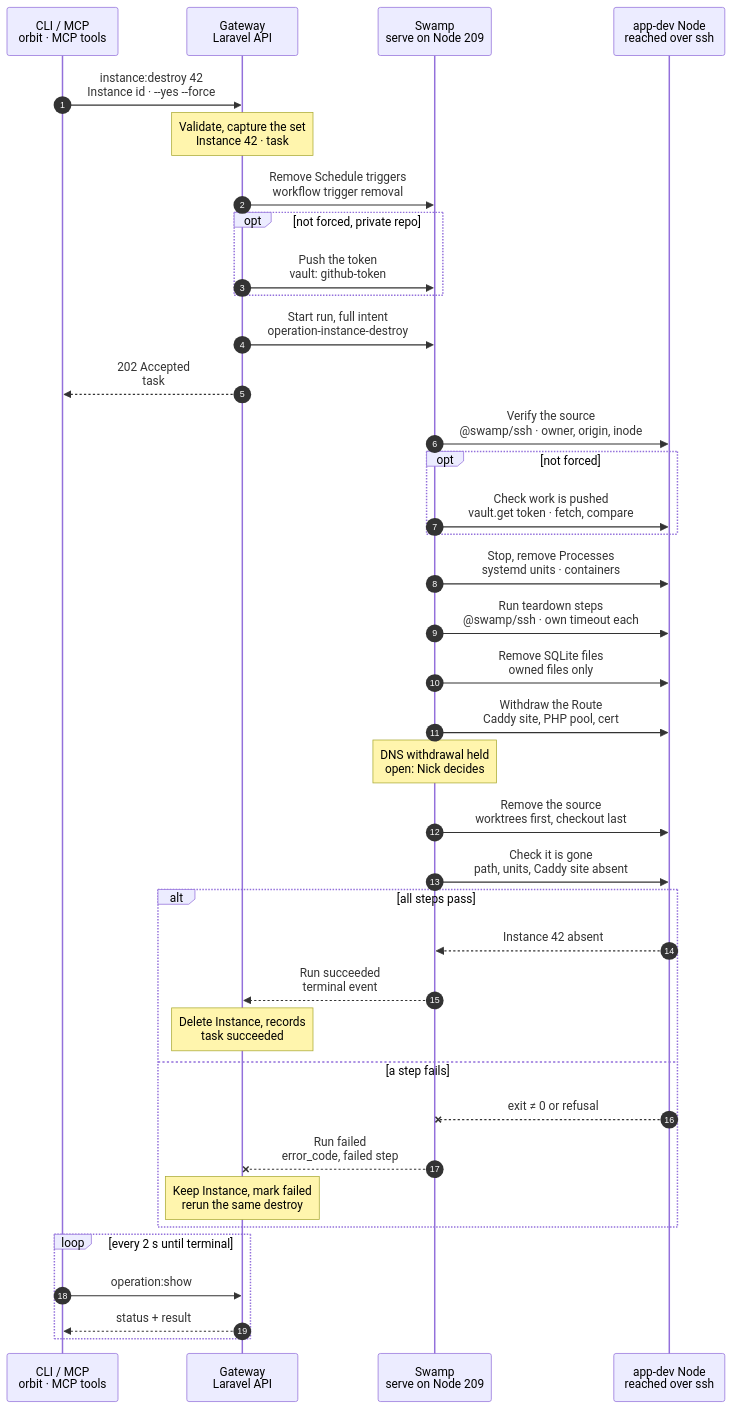
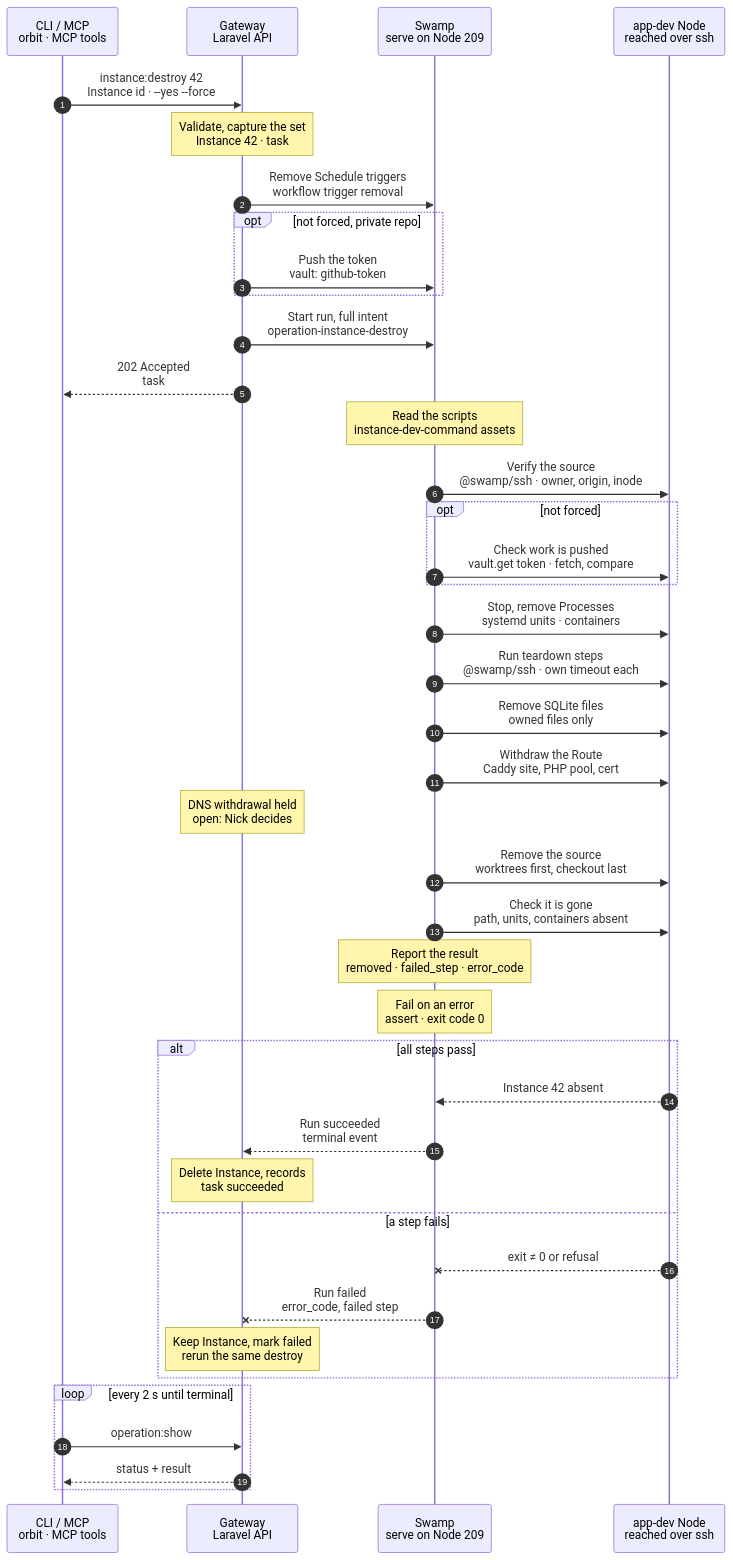
One commit to hardimpactdev/orbit changed the diagram in docs/flows/instance.destroy.mmd. Above: the diagram before and after it, drawn with Mermaid. The commit also changed 31 other files, not shown here.

First line of the commit message:
feat(instances): instance:destroy in its chart's phases, one shipped script per Node phase

```diff
--- a/docs/flows/instance.destroy.mmd
+++ b/docs/flows/instance.destroy.mmd
@@ -1,163 +1,173 @@
 sequenceDiagram
   %% Target design: ADR 0244 task, R1-R4, single-swamp-node (@swamp/ssh from 209), DECISIONS 1 (token minted at admission, vault.get), 2 (DNS held), Schedules native (Nick 2026-11-02). docs/reference/instance-removal.md.
   %% status: draft
   %% command: instance:destroy
   autonumber
   %% lane CLI icon=terminal pill=caller tone=gray
   %% lane GW icon=gateway pill=intent tone=blue
   %% lane SW icon=workflow pill=executes tone=green
   %% lane N icon=server pill=target tone=amber
   participant CLI as CLI / MCP<br/>orbit · MCP tools
   participant GW as Gateway<br/>Laravel API
   participant SW as Swamp<br/>serve on Node 209
   participant N as app-dev Node<br/>reached over ssh
   CLI->>GW: instance:destroy 42<br/>Instance id · --yes --force
   %%> Command:
   %%> - `orbit instance:destroy 42 --yes`
   %%> - syntax: `<instance> [--yes] [--force] [--idempotency-key=KEY] [--json]`
   %%> Input:
   %%> - the Instance's id, as `instance:list` shows it
   %%> Confirmation:
   %%> - without `--yes`, the CLI asks first; the default is No
   %%> - without a terminal, or with `--json`, `--yes` is required
   %%> With `--force`:
   %%> - also deletes dirty or unpublished source, and a checkout with its linked worktrees
   %%> - it never waives the source identity checks, and it is not consent
   Note over GW: Validate, capture the set<br/>Instance 42 · task #5132
   %%> Requirements:
   %%> - your Node has an access grant to Node 12, which runs Instance 42
   %%> - Instance 42 is a development Instance; production removal is not charted here
   %%> - no other lifecycle change and no unfinished transfer holds Instance 42
   %%> Captures:
   %%> - the source: path, owner, origin, branch, linked worktrees
   %%> - what Instance 42 owns: Processes, Schedules, Route, SQLite files
   %%> - the Project teardown steps
   %%> Result:
   %%> - Instance 42 is marked removing, with the captured set
   %%> - task #5132 recorded with the full intent
   GW->>SW: Remove Schedule triggers<br/>workflow trigger removal
   %%> What it does:
   %%> - removes the native Swamp schedule trigger of each Schedule of Instance 42
   %%> - there is no Node work here; Schedules install nothing on Nodes
   %%> Why first:
   %%> - no new fire starts against a checkout that is being removed
   %%> Running fire:
   %%> - a fire that already started runs to its end, within its own timeout, and is still recorded
   opt not forced, private repo
     GW->>SW: Push the token<br/>vault: github-token
     %%> Why:
     %%> - a normal removal checks that the work is pushed, which needs a fetch from origin
     %%> - only the Gateway holds the GitHub App key
     %%> What it does:
     %%> - mints a read token for this one repository, valid 1 hour, and pushes it into Swamp's vault
     %%> Not needed:
     %%> - with `--force`, or for a public repository
   end
   GW->>SW: Start run, full intent<br/>operation-instance-destroy
   %%> What it does:
   %%> - starts one run of `operation-instance-destroy` on Swamp serve (Node 209)
   %%> Inputs:
   %%> - Node 12's address and SSH host keys; the SSH identity comes from the `swamp` role
   %%> - the captured set, the teardown steps, the Node's managed user
   %%> - secrets only as vault key names
   GW-->>CLI: 202 Accepted<br/>task #5132
   %%> What you get:
   %%> - the task number, at once
   %%> Next:
   %%> - the CLI follows the task with `operation:show`
+  Note over SW: Read the scripts<br/>instance-dev-command assets
+  %%> What it does:
+  %%> - reads the shipped destroy phase scripts and the teardown runner on 209, to send them over SSH in argv
   SW->>N: Verify the source<br/>@swamp/ssh · owner, origin, inode
   %%> What it does:
   %%> - checks that the checkout and its linked worktrees are the ones captured at admission
   %%> - same path, owner, origin and filesystem identity
   %%> Refuses:
   %%> - another checkout, owner or Node, also with `--force`
   %%> - a symlink in place of the checkout
   opt not forced
     SW->>N: Check work is pushed<br/>vault.get token · fetch, compare
     %%> What it does:
     %%> - fetches origin with the vault token and compares
     %%> Refuses:
     %%> - dirty source
     %%> - a `HEAD` that no origin branch or tag contains
     %%> - linked worktrees on the checkout
     %%> Result of a refusal:
     %%> - the run stops here and nothing changes
   end
   SW->>N: Stop, remove Processes<br/>systemd units · containers
   %%> What it does:
   %%> - stops each Process of Instance 42 and removes its unit or container
   %%> Why before teardown:
   %%> - nothing still writes to the application while teardown runs
   %%> Not included:
   %%> - Processes of other Instances on Node 12
   SW->>N: Run teardown steps<br/>@swamp/ssh · own timeout each
   %%> What it does:
   %%> - runs the Project's teardown steps in order, as the Node's managed user, from the repository root
   %%> Limits:
   %%> - each step has its own timeout
   %%> Failure:
   %%> - a failed step fails the run; the next `instance:destroy` runs the whole list again
   SW->>N: Remove SQLite files<br/>owned files only
   %%> What it does:
   %%> - deletes the SQLite files that Instance 42 owns
   %%> Not included:
   %%> - other databases; their records go with the Instance, nothing on the Database server changes
   SW->>N: Withdraw the Route<br/>Caddy site, PHP pool, cert
   %%> What it does:
   %%> - removes the Caddy site of Instance 42 and reloads Caddy; no restart
   %%> - removes its PHP pool and its certificate
   %%> Keeps:
   %%> - every other site, pool and certificate on Node 12
-  Note over SW: DNS withdrawal held<br/>open: Nick decides
+  Note over GW: DNS withdrawal held<br/>open: Nick decides
   %%> Open:
   %%> - DNS publication for Routes is on hold (`native-dns-takeover-held`)
   %%> - until Nick decides, the run removes no DNS record
   SW->>N: Remove the source<br/>worktrees first, checkout last
   %%> What it does:
   %%> - removes linked worktrees, then the checkout itself
   %%> - deletes only the paths whose identity it verified
   %%> Runs as:
   %%> - the Node's own user, not root
-  SW->>N: Check it is gone<br/>path, units, Caddy site absent
+  SW->>N: Check it is gone<br/>path, units, containers absent
   %%> What it does:
-  %%> - checks that the checkout, the Process units and the Caddy site are absent
+  %%> - checks that the checkout, its removal quarantine, the Process units and containers are absent
+  %%> - the Route's own steps already confirmed its Caddy site is gone
   %%> Why:
   %%> - Instance 42 only counts as removed when the Node shows it
+  Note over SW: Report the result<br/>removed · failed_step · error_code
+  %%> What it does:
+  %%> - maps the first failed step to its error code and keeps the source capture for a rerun
+  Note over SW: Fail on an error<br/>assert · exit code 0
+  %%> What it does:
+  %%> - fails the run when the report holds an `error_code`, so the task fails with that code
   alt all steps pass
     N-->>SW: Instance 42 absent
     %%> Returns:
     %%> - the check passed
     SW-->>GW: Run succeeded<br/>terminal event
     %%> How the Gateway learns it:
     %%> - its shared run reader sees the terminal event; Swamp never calls the Gateway
     Note over GW: Delete Instance, records<br/>task succeeded
     %%> Result:
     %%> - Instance 42 is deleted, with its Processes, Schedules and Route records
     %%> - owned database records are deleted
     %%> - closed transfer history stays, without its Instance link
     %%> - task #5132 succeeds
   else a step fails
     N--xSW: exit ≠ 0 or refusal
     %%> When:
     %%> - a source check refuses, a teardown step fails, or something is still there
     SW--xGW: Run failed<br/>error_code, failed step
     %%> The Gateway reads:
     %%> - which step failed and its error code
     Note over GW: Keep Instance, mark failed<br/>rerun the same destroy
     %%> Result:
     %%> - Instance 42 and its records stay, marked removal failed
     %%> - task #5132 fails
     %%> On the Node:
     %%> - what was already removed stays removed; no rollback
     %%> - the Schedule triggers stay removed
     %%> Retry:
     %%> - run `instance:destroy 42` again; it is a new task and converges the same captured set
   end
   loop every 2 s until terminal
     CLI->>GW: operation:show #5132
     %%> What it does:
     %%> - asks for the task's status every 2 seconds until it has ended
     GW-->>CLI: status + result
     %%> Returns:
     %%> - the current status, and the result once the task has ended
   end
```
